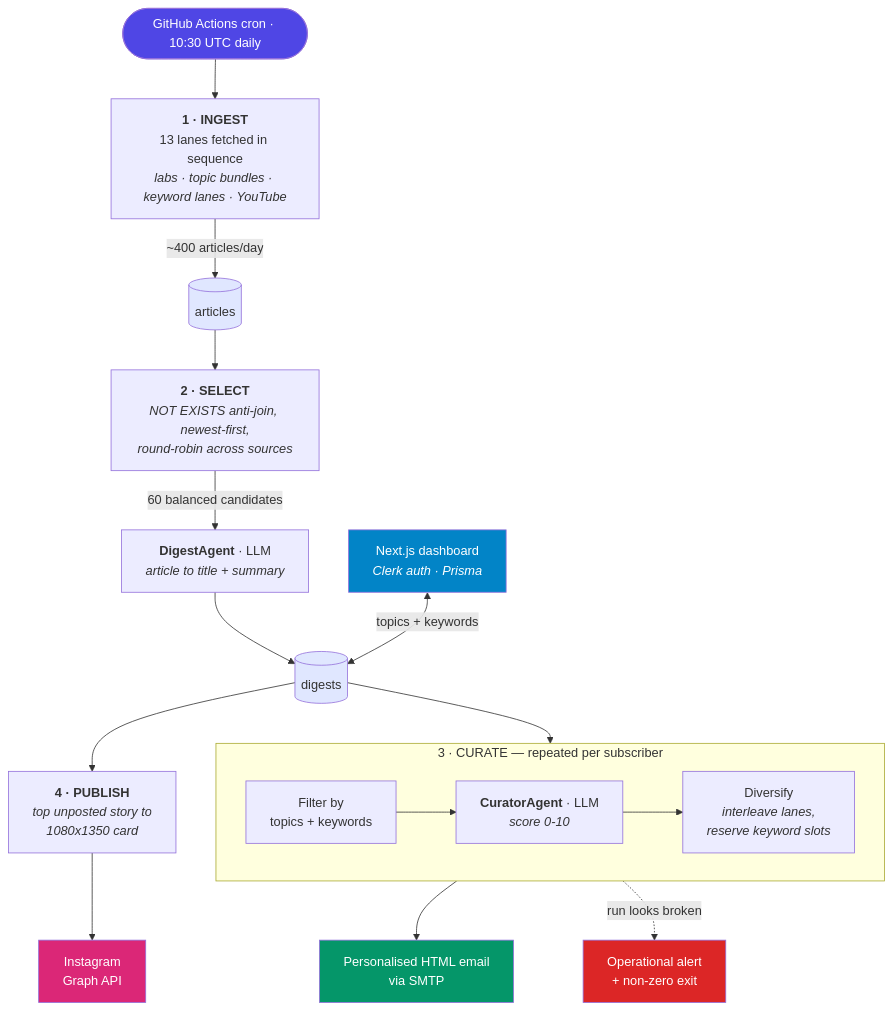
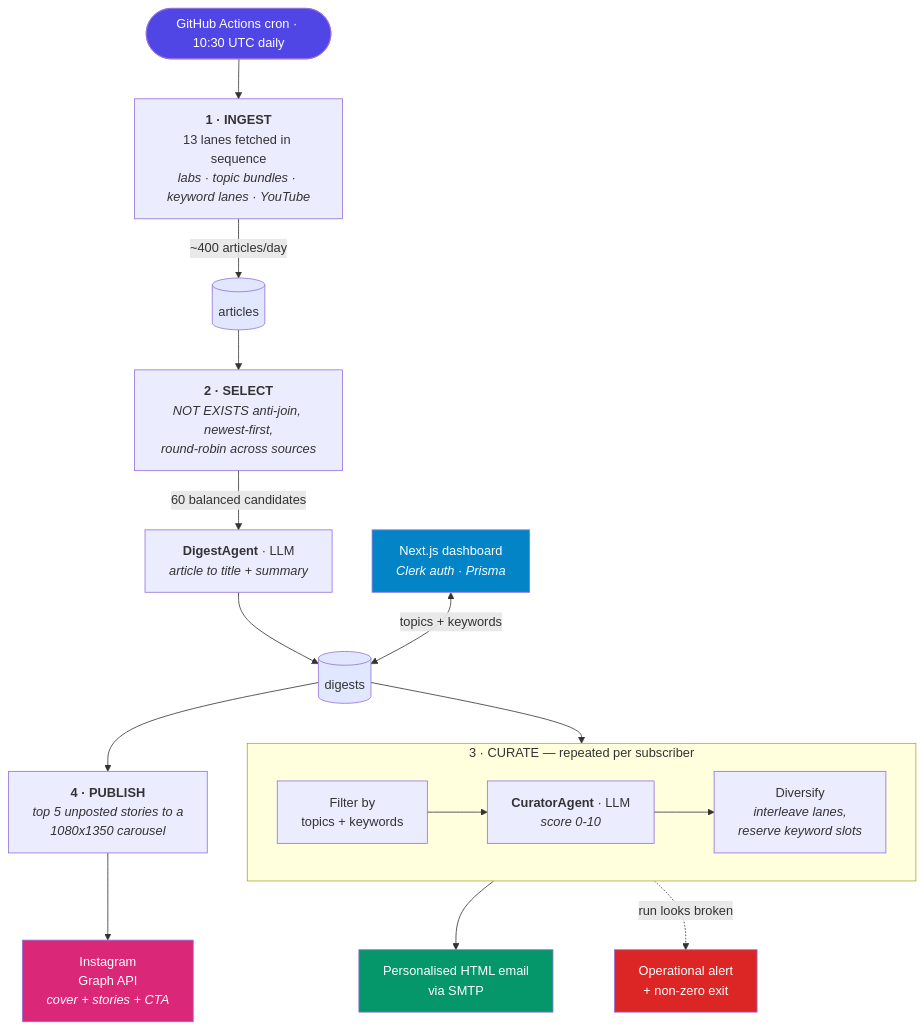
Before and after one commit to rishiraj38/news-aggregator: the first of 5 diagrams in README.md, drawn with Mermaid. The commit also changed other lines of this file and 15 other files, not shown here.

````diff
--- a/README.md
+++ b/README.md
@@ -21,34 +21,34 @@
 ```mermaid
 flowchart TD
     CRON(["GitHub Actions cron · 10:30 UTC daily"]) --> ING
 
     ING["<b>1 · INGEST</b><br/>13 lanes fetched in sequence<br/><i>labs · topic bundles · keyword lanes · YouTube</i>"]
     ING -->|"~400 articles/day"| DBA[("articles")]
 
     DBA --> SEL["<b>2 · SELECT</b><br/><i>NOT EXISTS anti-join, newest-first,<br/>round-robin across sources</i>"]
     SEL -->|"60 balanced candidates"| DGA["<b>DigestAgent</b> · LLM<br/><i>article to title + summary</i>"]
     DGA --> DBD[("digests")]
 
     DBD --> CUR
 
     subgraph CUR["3 · CURATE — repeated per subscriber"]
         direction LR
         C1["Filter by<br/>topics + keywords"] --> C2["<b>CuratorAgent</b> · LLM<br/><i>score 0-10</i>"] --> C3["Diversify<br/><i>interleave lanes,<br/>reserve keyword slots</i>"]
     end
 
     CUR --> MAIL["Personalised HTML email<br/>via SMTP"]
     CUR -.->|"run looks broken"| AL["Operational alert<br/>+ non-zero exit"]
 
-    DBD --> PUB["<b>4 · PUBLISH</b><br/><i>top unposted story to<br/>1080x1350 card</i>"]
-    PUB --> IG["Instagram<br/>Graph API"]
+    DBD --> PUB["<b>4 · PUBLISH</b><br/><i>top 5 unposted stories to a<br/>1080x1350 carousel</i>"]
+    PUB --> IG["Instagram<br/>Graph API<br/><i>cover + stories + CTA</i>"]
 
     WEB["Next.js dashboard<br/><i>Clerk auth · Prisma</i>"] <-->|"topics + keywords"| DBD
 
     style CRON fill:#4f46e5,color:#fff
     style MAIL fill:#059669,color:#fff
     style IG fill:#db2777,color:#fff
     style AL fill:#dc2626,color:#fff
     style WEB fill:#0284c7,color:#fff
     style DBA fill:#e0e7ff
     style DBD fill:#e0e7ff
 ```
````
